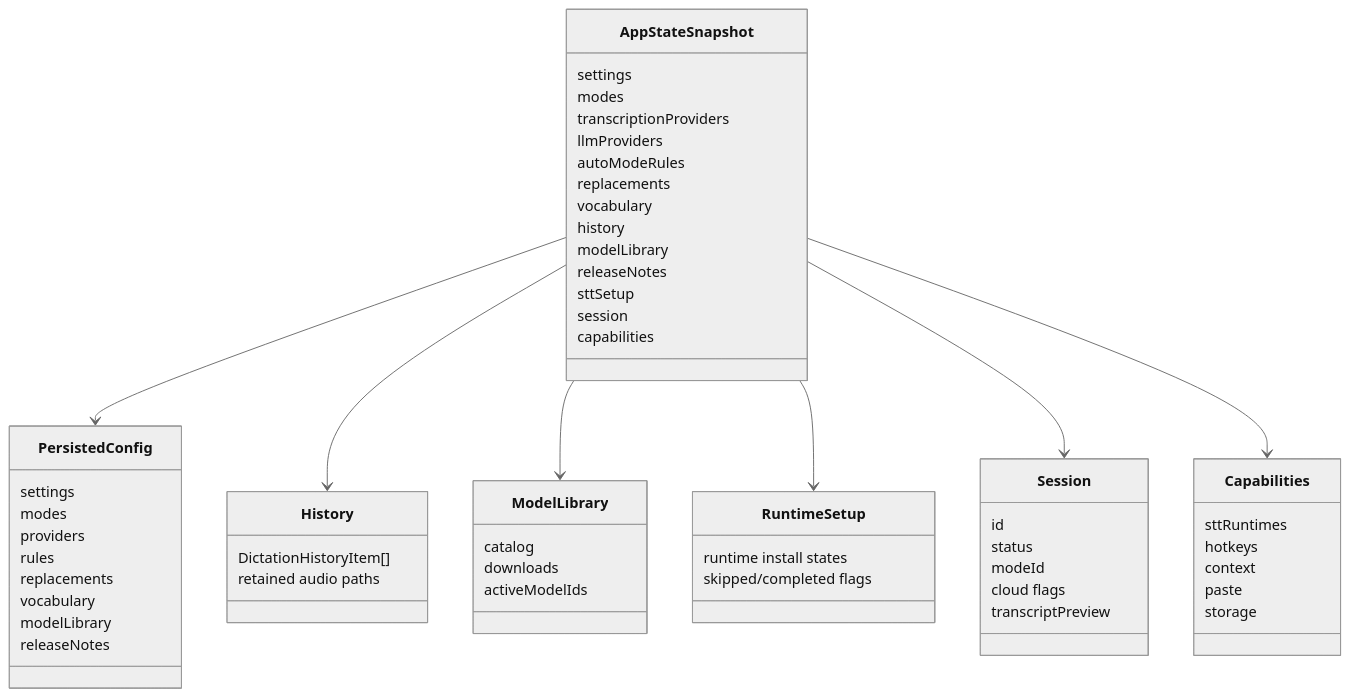
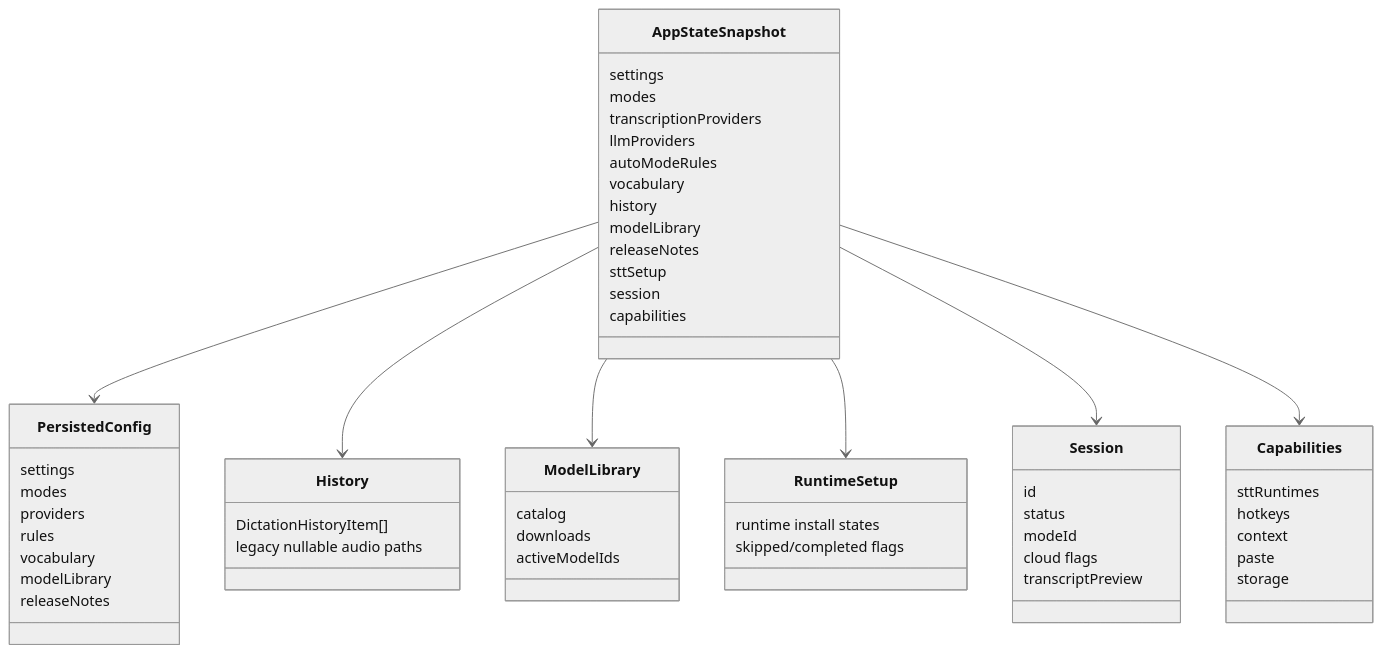
Before and after one commit to strxnd/murmur: the diagram in docs/architecture/state-and-storage.md, drawn with Mermaid (neutral theme). The commit also changed other lines of this file and 50 other files, not shown here.

````diff
--- a/docs/architecture/state-and-storage.md
+++ b/docs/architecture/state-and-storage.md
@@ -5,68 +5,66 @@
 ```mermaid
 classDiagram
   class AppStateSnapshot {
     settings
     modes
     transcriptionProviders
     llmProviders
     autoModeRules
-    replacements
     vocabulary
     history
     modelLibrary
     releaseNotes
     sttSetup
     session
     capabilities
   }
 
   class PersistedConfig {
     settings
     modes
     providers
     rules
-    replacements
     vocabulary
     modelLibrary
     releaseNotes
   }
 
   class History {
     DictationHistoryItem[]
-    retained audio paths
+    legacy nullable audio paths
   }
 
   class ModelLibrary {
     catalog
     downloads
     activeModelIds
   }
 
   class RuntimeSetup {
     runtime install states
     skipped/completed flags
   }
 
   class Session {
     id
     status
     modeId
     cloud flags
     transcriptPreview
   }
 
   class Capabilities {
     sttRuntimes
     hotkeys
     context
     paste
     storage
   }
 
   AppStateSnapshot --> PersistedConfig
   AppStateSnapshot --> History
   AppStateSnapshot --> ModelLibrary
   AppStateSnapshot --> RuntimeSetup
   AppStateSnapshot --> Session
   AppStateSnapshot --> Capabilities
 ```
````
